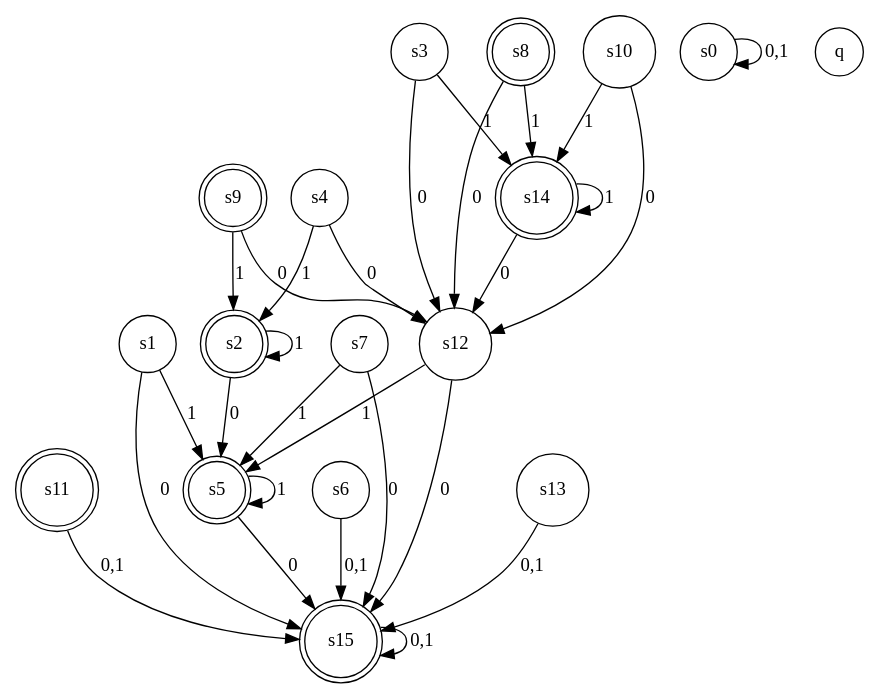
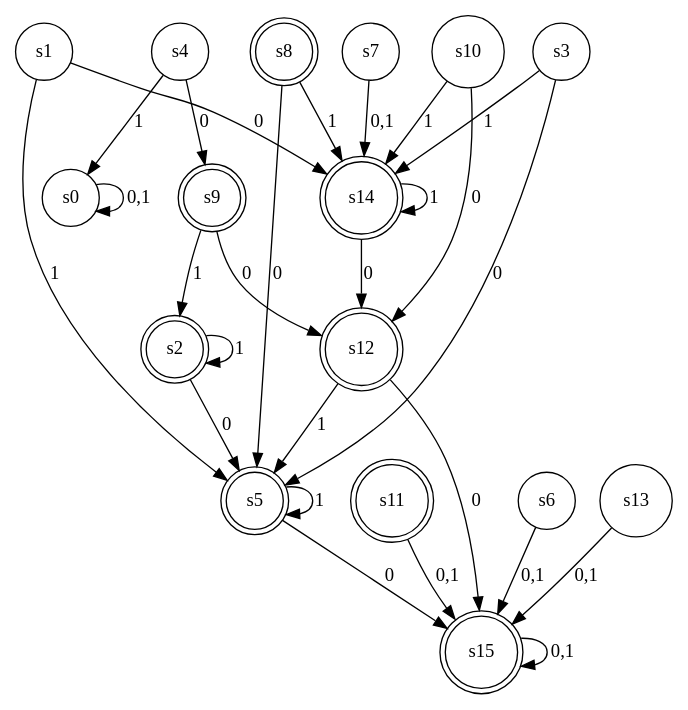
Before and after one commit to domo-domino-desu/toc-20260824-zh: the diagram in src/slides/automata/asy/dfsm-slide.dot, drawn with Graphviz. The commit also changed 3 other files, not shown here.

```diff
--- a/src/slides/automata/asy/dfsm-slide.dot
+++ b/src/slides/automata/asy/dfsm-slide.dot
@@ -1,34 +1,33 @@
 # Graph to start layout of the DFSM from NFSM graph
 # Run with $ dot -Tpng dfsm-slide.dot > dfsm-slide.png
 
 digraph G{
-  node [shape = doublecircle]; s2 s5 s8 s9 s11 s14 s15;
-  node [shape = circle] s0 s1 s3 s4 s6 s7 s10 s12 s13;
+  node [shape = doublecircle]; s2 s5 s8 s9 s11 s12 s14 s15;
+  node [shape = circle] s0 s1 s3 s4 s6 s7 s10 s13;
   s0 -> s0 [ label="0,1" ];
-  s1 -> s15 [ label="0" ];
+  s1 -> s14 [ label="0" ];
   s1 -> s5 [ label="1" ];
-  s2 -> s5 [ label="0" ];q
+  s2 -> s5 [ label="0" ];
   s2 -> s2 [ label="1" ];
-  s3 -> s12 [ label="0" ];
+  s3 -> s5 [ label="0" ];
   s3 -> s14 [ label="1" ];
-  s4 -> s12 [ label="0" ];
-  s4 -> s2 [ label="1" ];
+  s4 -> s9 [ label="0" ];
+  s4 -> s0 [ label="1" ];
   s5 -> s15 [ label="0" ];
   s5 -> s5 [ label="1" ];
   s6 -> s15 [ label="0,1" ];
-  s7 -> s15 [ label="0" ];
-  s7 -> s5 [ label="1" ];
-  s8 -> s12 [ label="0" ];
+  s7 -> s14 [ label="0,1" ];
+  s8 -> s5 [ label="0" ];
   s8 -> s14 [ label="1" ];
   s9 -> s12 [ label="0" ];
   s9 -> s2 [ label="1" ];
   s10 -> s12 [ label="0" ];
   s10 -> s14 [ label="1" ];
   s11 -> s15 [ label="0,1" ];
   s12 -> s15 [ label="0" ];
   s12 -> s5 [ label="1" ];
   s13 -> s15 [ label="0,1" ];
   s14 -> s12 [ label="0" ];
   s14 -> s14 [ label="1" ];
   s15 -> s15 [ label="0,1" ];
 }
```
